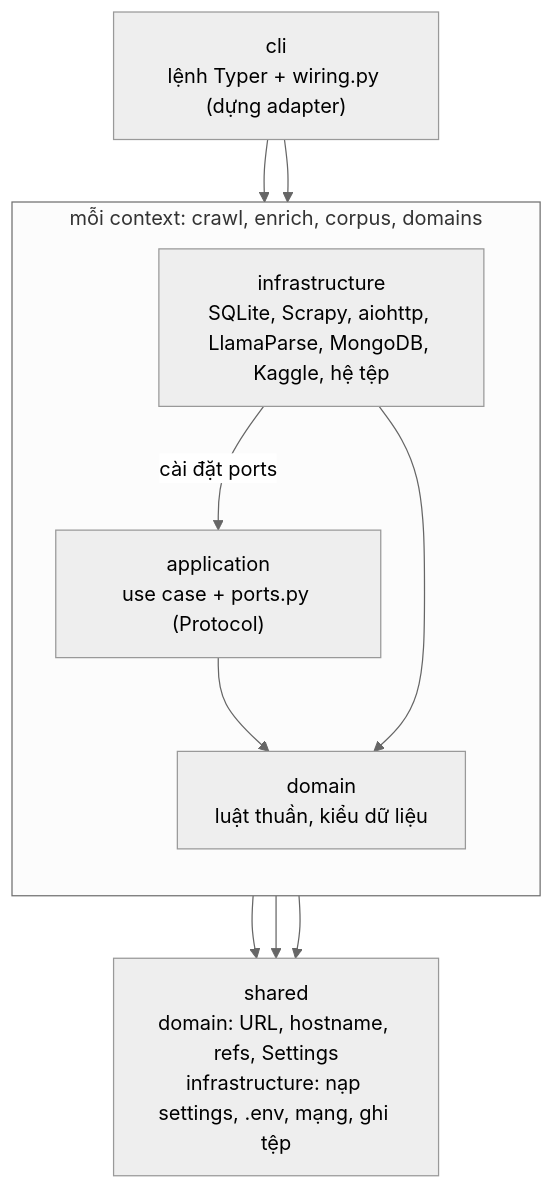
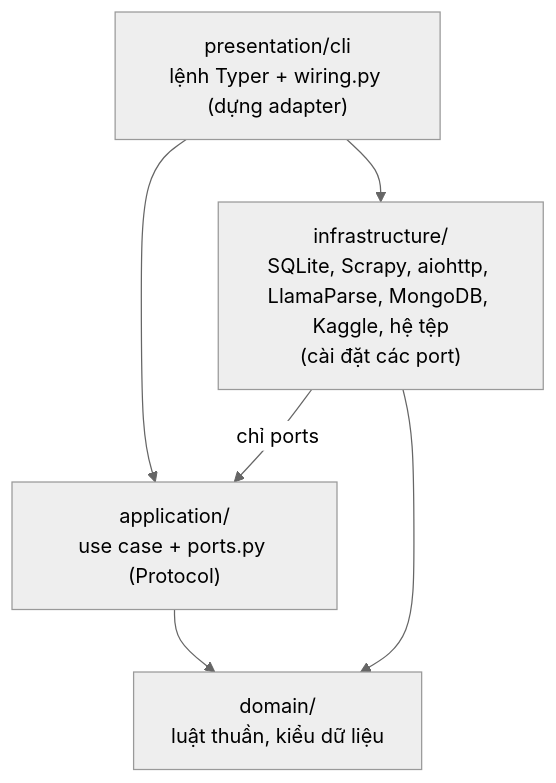
Before and after one commit to doanan293/WebCorpusPipeline: the first of 7 diagrams in data_pipeline/docs/architecture.md, drawn with Mermaid (neutral theme). The commit also changed other lines of this file and 473 other files, not shown here.

````diff
--- a/data_pipeline/docs/architecture.md
+++ b/data_pipeline/docs/architecture.md
@@ -9,20 +9,13 @@
 ```mermaid
 flowchart TB
-    CLI["cli<br/>lệnh Typer + wiring.py (dựng adapter)"]
-    subgraph CTX["mỗi context: crawl, enrich, corpus, domains"]
-        direction TB
-        INFRA["infrastructure<br/>SQLite, Scrapy, aiohttp, LlamaParse, MongoDB, Kaggle, hệ tệp"]
-        APP["application<br/>use case + ports.py (Protocol)"]
-        DOM["domain<br/>luật thuần, kiểu dữ liệu"]
-    end
-    SHARED["shared<br/>domain: URL, hostname, refs, Settings<br/>infrastructure: nạp settings, .env, mạng, ghi tệp"]
+    PRES["presentation/cli<br/>lệnh Typer + wiring.py (dựng adapter)"]
+    INFRA["infrastructure/<br/>SQLite, Scrapy, aiohttp, LlamaParse, MongoDB, Kaggle, hệ tệp<br/>(cài đặt các port)"]
+    APP["application/<br/>use case + ports.py (Protocol)"]
+    DOM["domain/<br/>luật thuần, kiểu dữ liệu"]
 
-    CLI --> INFRA
-    CLI --> APP
-    INFRA -->|"cài đặt ports"| APP
+    PRES --> INFRA
+    PRES --> APP
+    INFRA -->|"chỉ ports"| APP
     APP --> DOM
     INFRA --> DOM
-    DOM --> SHARED
-    APP --> SHARED
-    INFRA --> SHARED
 ```
````
